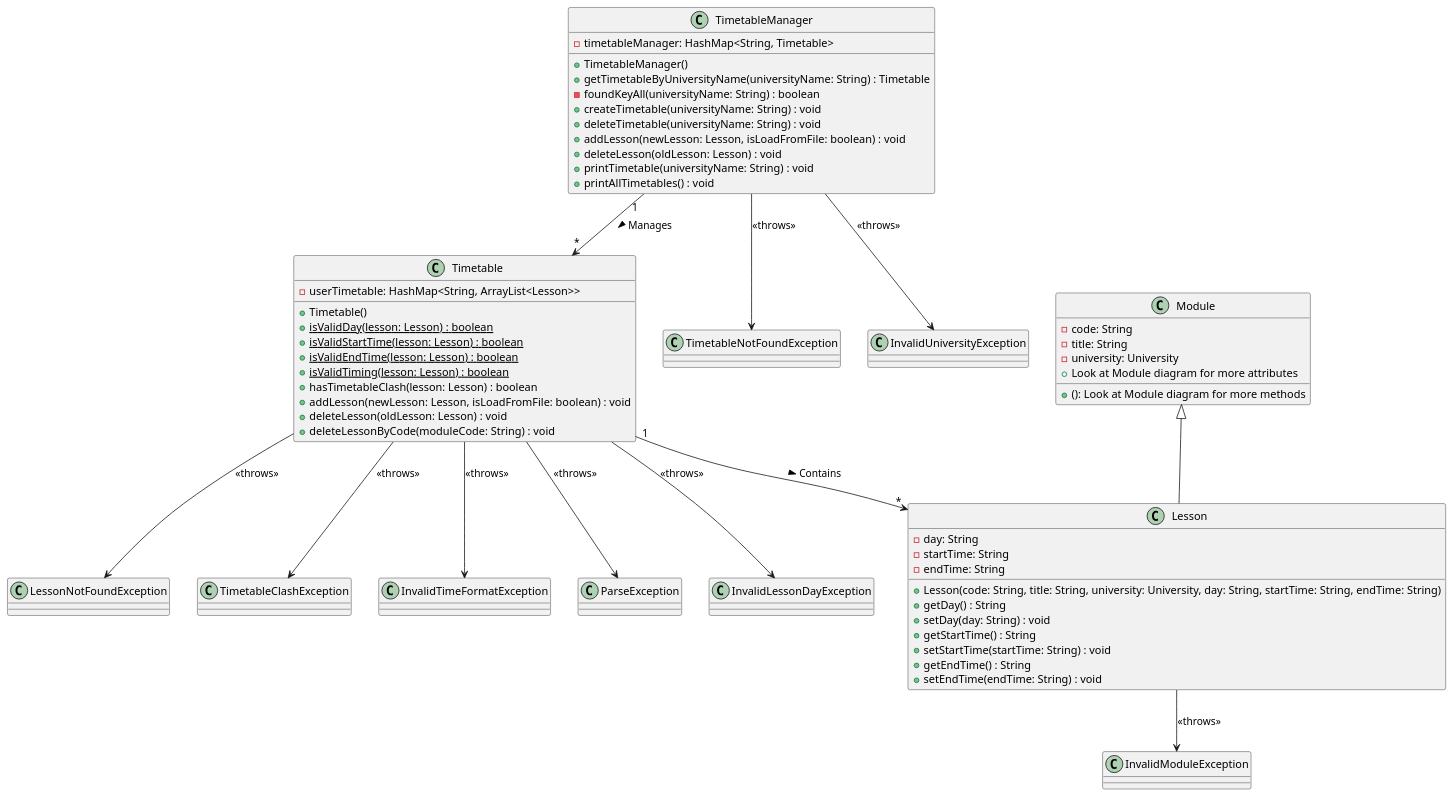
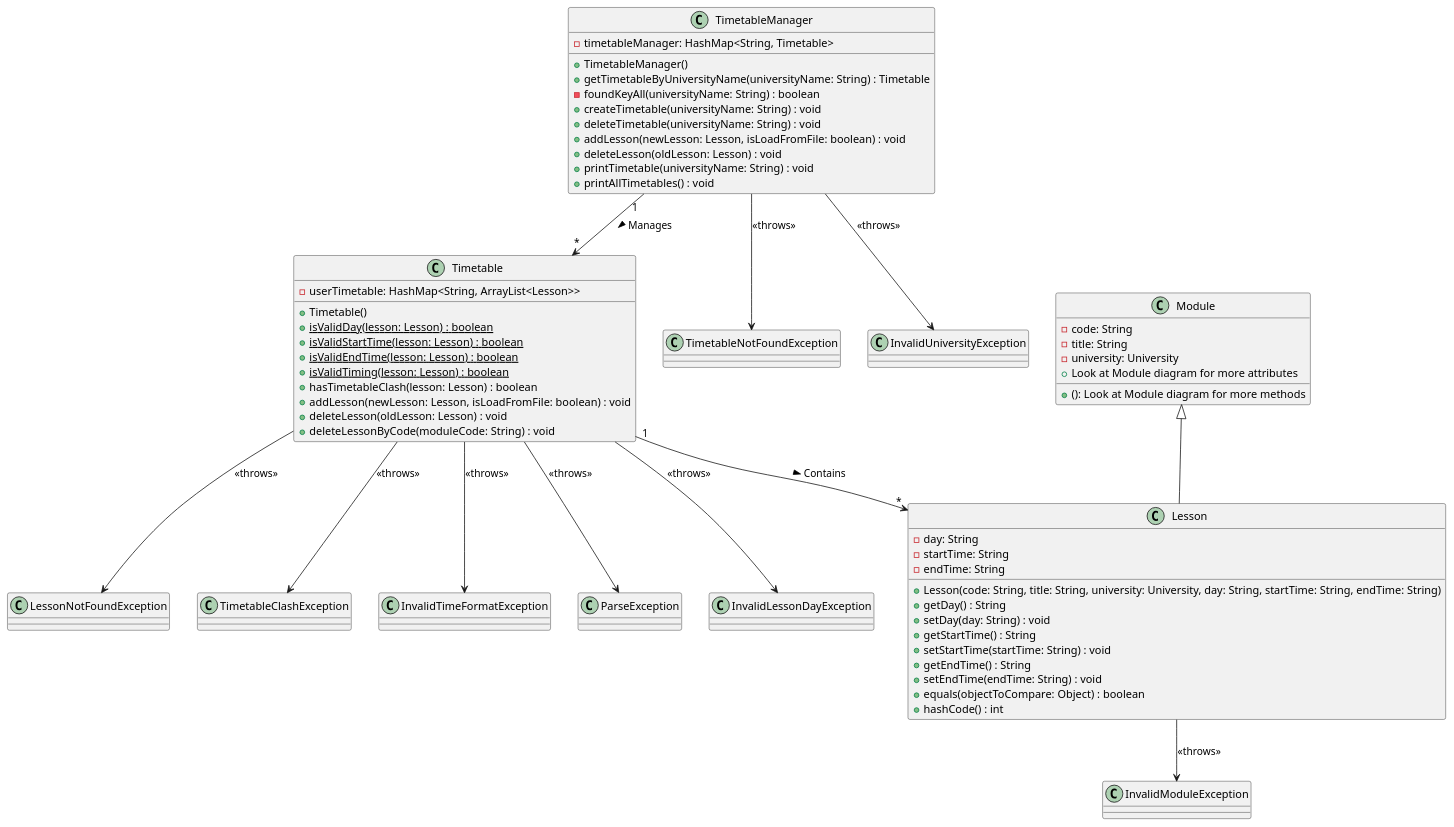
Before and after one commit to nus-cs2113-AY2223S1/tp: the diagram in docs/diagrams/Timetable_Class.puml, drawn with PlantUML. The commit also changed 1 other file, not shown here.

Commit message:
Update Timetable diagram for Lesson class

```diff
--- a/docs/diagrams/Timetable_Class.puml
+++ b/docs/diagrams/Timetable_Class.puml
@@ -1,87 +1,89 @@
 @startuml
 'https://plantuml.com/class-diagram
 
 class TimetableManager {
     - timetableManager: HashMap<String, Timetable>
     + TimetableManager()
     + getTimetableByUniversityName(universityName: String) : Timetable
     - foundKeyAll(universityName: String) : boolean
     + createTimetable(universityName: String) : void
     + deleteTimetable(universityName: String) : void
     + addLesson(newLesson: Lesson, isLoadFromFile: boolean) : void
     + deleteLesson(oldLesson: Lesson) : void
     + printTimetable(universityName: String) : void
     + printAllTimetables() : void
 }
 
 class Timetable {
     - userTimetable: HashMap<String, ArrayList<Lesson>>
     + Timetable()
     {static} + isValidDay(lesson: Lesson) : boolean
     {static} + isValidStartTime(lesson: Lesson) : boolean
     {static} + isValidEndTime(lesson: Lesson) : boolean
     {static} + isValidTiming(lesson: Lesson) : boolean
     + hasTimetableClash(lesson: Lesson) : boolean
     + addLesson(newLesson: Lesson, isLoadFromFile: boolean) : void
     + deleteLesson(oldLesson: Lesson) : void
     + deleteLessonByCode(moduleCode: String) : void
 }
 
 class Lesson {
     - day: String
     - startTime: String
     - endTime: String
     + Lesson(code: String, title: String, university: University, day: String, startTime: String, endTime: String)
     + getDay() : String
     + setDay(day: String) : void
     + getStartTime() : String
     + setStartTime(startTime: String) : void
     + getEndTime() : String
     + setEndTime(endTime: String) : void
+    + equals(objectToCompare: Object) : boolean
+    + hashCode() : int
 }
 
 class Module {
     - code: String
     - title: String
     - university: University
     + Look at Module diagram for more attributes
     + (): Look at Module diagram for more methods
 }
 
 class LessonNotFoundException {
 }
 
 class TimetableNotFoundException {
 }
 
 class TimetableClashException {
 }
 
 class InvalidModuleException {
 }
 
 class InvalidTimeFormatException {
 }
 
 class ParseException {
 }
 
 class InvalidLessonDayException {
 }
 
 class InvalidUniversityException {
 }
 
 TimetableManager "1" --> "*" Timetable :> Manages
 Timetable "1" --> "*" Lesson :> Contains
 Lesson --> InvalidModuleException : <<throws>>
 Timetable --> InvalidTimeFormatException : <<throws>>
 Timetable --> TimetableClashException : <<throws>>
 Timetable --> ParseException : <<throws>>
 Timetable --> LessonNotFoundException : <<throws>>
 Timetable --> InvalidLessonDayException : <<throws>>
 TimetableManager --> TimetableNotFoundException : <<throws>>
 TimetableManager --> InvalidUniversityException : <<throws>>
 Module <|-- Lesson
 
 @enduml
```
